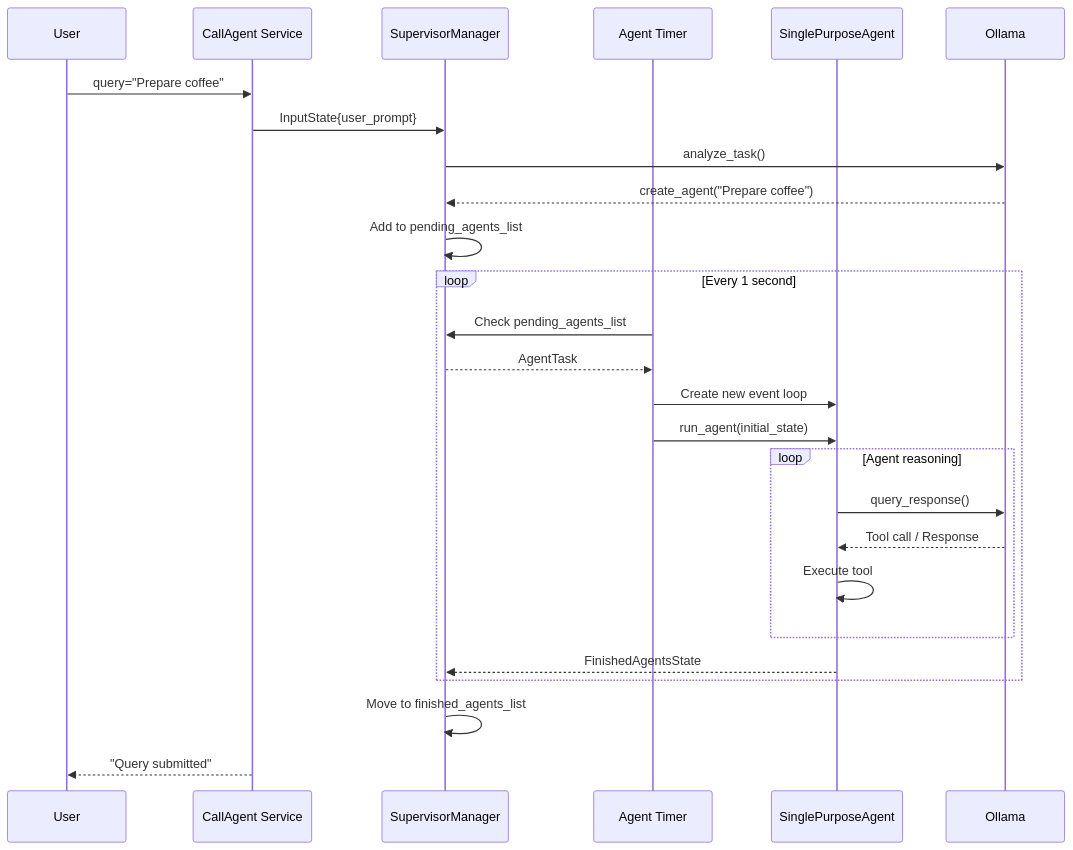
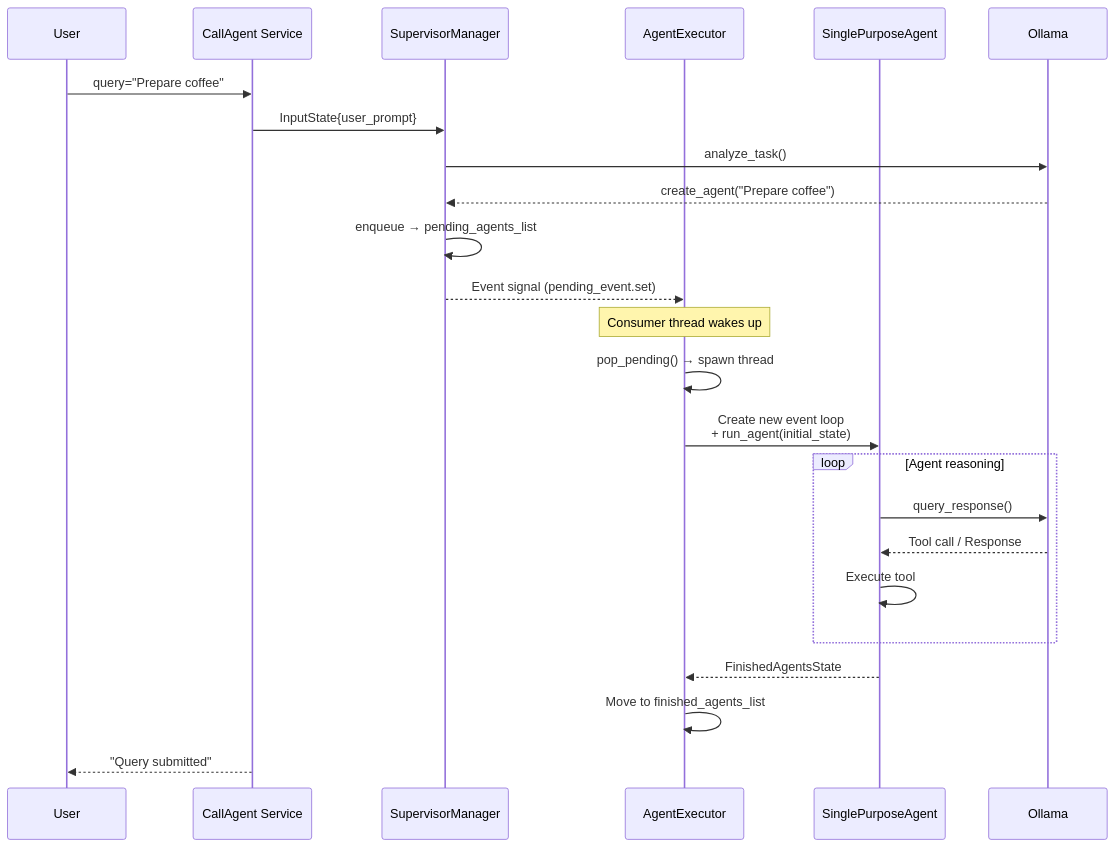
One commit to grupo-avispa/hierarchical_multiagent_langgraph changed the fourth of 6 diagrams in README.md. Above: the diagram before and after it, drawn with Mermaid. The commit also changed other lines of this file and 1 other file, not shown here.

Commit message:
docs: update diagrams and animation for event-driven architecture
* Replace Timer node with AgentExecutor (event-driven consumer) in
  the README overview mermaid diagram.
* Rewrite Agent Lifecycle sequence diagram: remove polling loop, add
  event signal flow from `enqueue()` to consumer thread.
* Update Agent States diagram: `IDLE → RUNNING` now triggered by event
  instead of timer.
* Update Main Components section text to reflect event-driven consumer.
* Rename `nTimer` → `nConsumer` (⚡ Consumer Thread) in the HTML
  animation and update Step 6/8 descriptions to show event signaling
  instead of polling.

````diff
--- a/README.md
+++ b/README.md
@@ -150,35 +150,32 @@
 ```mermaid
 sequenceDiagram
     participant User
     participant Service as CallAgent Service
     participant Sup as SupervisorManager
-    participant Timer as Agent Timer
+    participant Exec as AgentExecutor
     participant SPA as SinglePurposeAgent
     participant LLM as Ollama
 
     User->>Service: query="Prepare coffee"
     Service->>Sup: InputState{user_prompt}
     
     Sup->>LLM: analyze_task()
     LLM-->>Sup: create_agent("Prepare coffee")
     
-    Sup->>Sup: Add to pending_agents_list
+    Sup->>Sup: enqueue → pending_agents_list
+    Sup-->>Exec: Event signal (pending_event.set)
     
-    loop Every 1 second
-        Timer->>Sup: Check pending_agents_list
-        Sup-->>Timer: AgentTask
-        Timer->>SPA: Create new event loop
-        Timer->>SPA: run_agent(initial_state)
-        
-        loop Agent reasoning
-            SPA->>LLM: query_response()
-            LLM-->>SPA: Tool call / Response
-            SPA->>SPA: Execute tool
-        end
-        
-        SPA-->>Sup: FinishedAgentsState
+    Note over Exec: Consumer thread wakes up
+    Exec->>Exec: pop_pending() → spawn thread
+    Exec->>SPA: Create new event loop<br/>+ run_agent(initial_state)
+    
+    loop Agent reasoning
+        SPA->>LLM: query_response()
+        LLM-->>SPA: Tool call / Response
+        SPA->>SPA: Execute tool
     end
     
-    Sup->>Sup: Move to finished_agents_list
+    SPA-->>Exec: FinishedAgentsState
+    Exec->>Exec: Move to finished_agents_list
     Service-->>User: "Query submitted"
 ```
````
